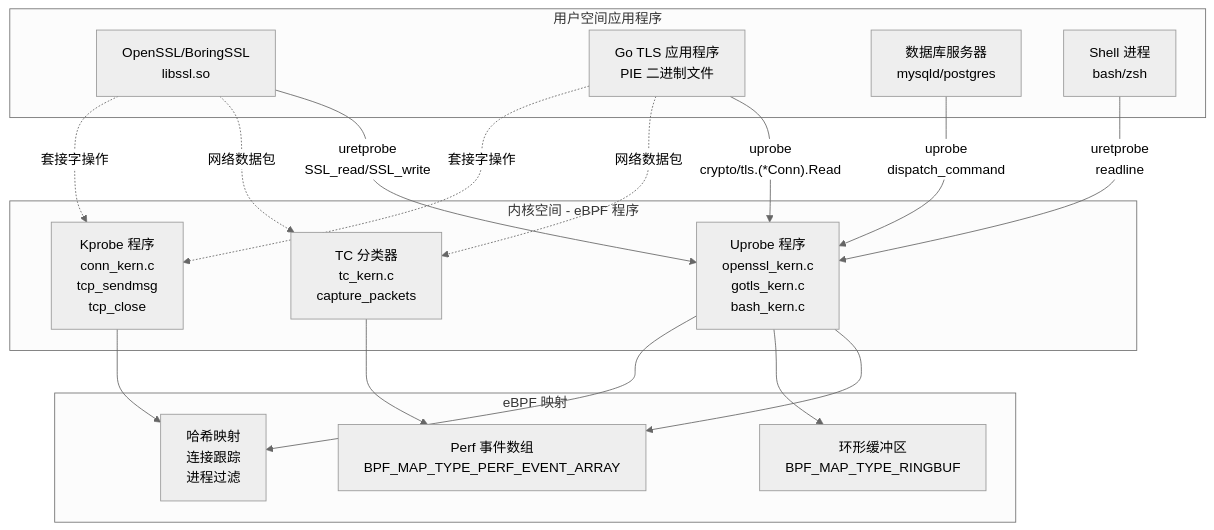
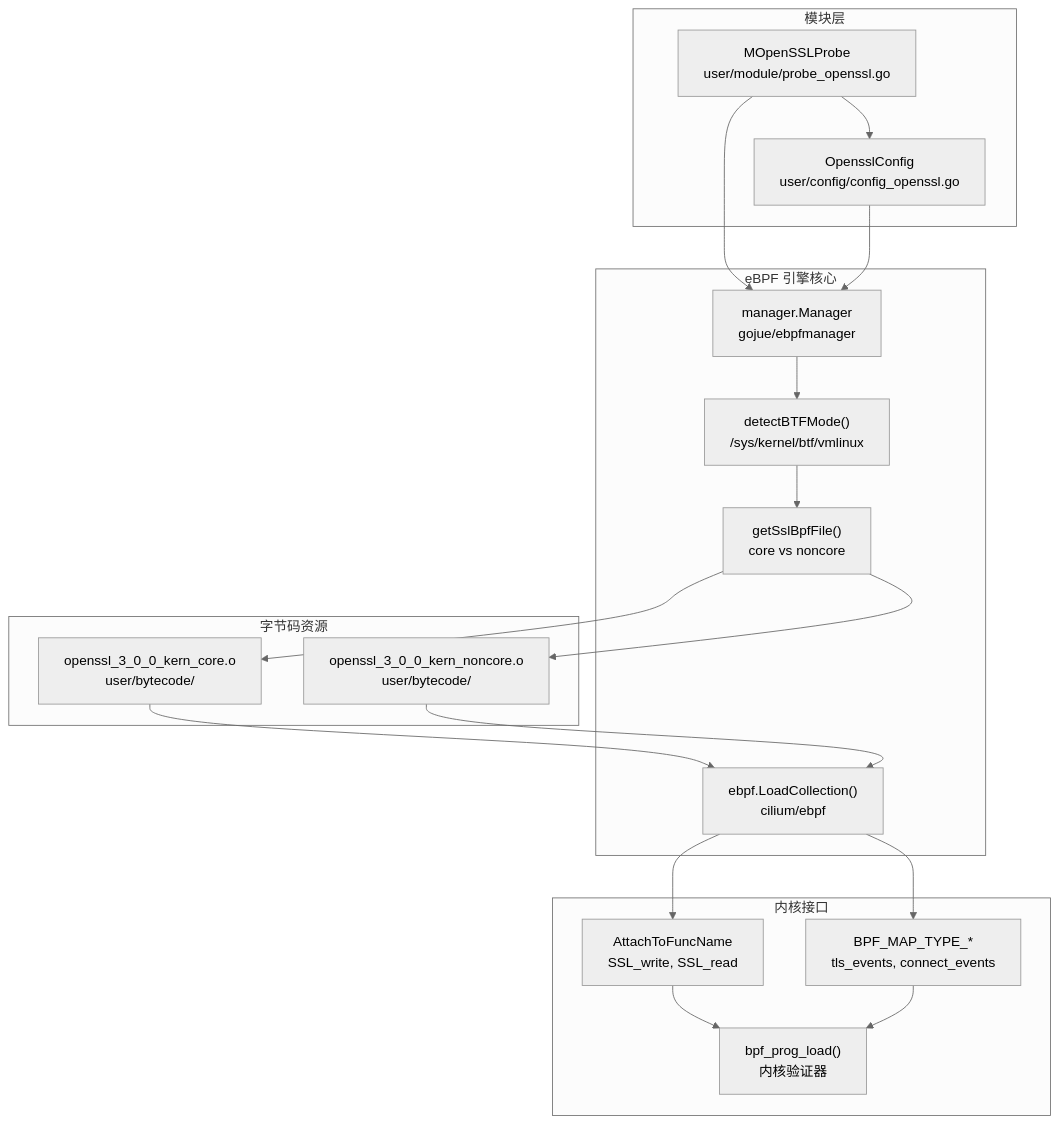
Before and after one commit to gojue/ecapture.cc: the first of 11 diagrams in src/zh/2-architecture/2.1-ebpf-engine.md, drawn with Mermaid (neutral theme). The commit also changed other lines of this file and 70 other files, not shown here.

Commit message:
feat: update sidebar and navigation links for architecture and shell command auditing sections

````diff
--- a/src/zh/2-architecture/2.1-ebpf-engine.md
+++ b/src/zh/2-architecture/2.1-ebpf-engine.md
@@ -13,39 +11,42 @@
 ```mermaid
 graph TB
-    subgraph "用户空间应用程序"
-        APP1["OpenSSL/BoringSSL<br/>libssl.so"]
-        APP2["Go TLS 应用程序<br/>PIE 二进制文件"]
-        APP3["数据库服务器<br/>mysqld/postgres"]
-        APP4["Shell 进程<br/>bash/zsh"]
+    subgraph "模块层"
+        MOpenSSLProbe["MOpenSSLProbe<br/>user/module/probe_openssl.go"]
+        OpensslConfig["OpensslConfig<br/>user/config/config_openssl.go"]
     end
     
-    subgraph "内核空间 - eBPF 程序"
-        UPROBE["Uprobe 程序<br/>openssl_kern.c<br/>gotls_kern.c<br/>bash_kern.c"]
-        TC["TC 分类器<br/>tc_kern.c<br/>capture_packets"]
-        KPROBE["Kprobe 程序<br/>conn_kern.c<br/>tcp_sendmsg<br/>tcp_close"]
+    subgraph "eBPF 引擎核心"
+        BpfManager["manager.Manager<br/>gojue/ebpfmanager"]
+        BTFDetect["detectBTFMode()<br/>/sys/kernel/btf/vmlinux"]
+        BytecodeSelect["getSslBpfFile()<br/>core vs noncore"]
+        CiliumLoader["ebpf.LoadCollection()<br/>cilium/ebpf"]
     end
     
-    subgraph "eBPF 映射"
-        PERF["Perf 事件数组<br/>BPF_MAP_TYPE_PERF_EVENT_ARRAY"]
-        RING["环形缓冲区<br/>BPF_MAP_TYPE_RINGBUF"]
-        HASH["哈希映射<br/>连接跟踪<br/>进程过滤"]
+    subgraph "字节码资源"
+        CoreBytecode["openssl_3_0_0_kern_core.o<br/>user/bytecode/"]
+        NonCoreBytecode["openssl_3_0_0_kern_noncore.o<br/>user/bytecode/"]
     end
     
-    APP1 -->|"uretprobe<br/>SSL_read/SSL_write"| UPROBE
-    APP2 -->|"uprobe<br/>crypto/tls.(*Conn).Read"| UPROBE
-    APP3 -->|"uprobe<br/>dispatch_command"| UPROBE
-    APP4 -->|"uretprobe<br/>readline"| UPROBE
+    subgraph "内核接口"
+        ProbeAttach["AttachToFuncName<br/>SSL_write, SSL_read"]
+        MapCreate["BPF_MAP_TYPE_*<br/>tls_events, connect_events"]
+        Verifier["bpf_prog_load()<br/>内核验证器"]
+    end
     
-    APP1 -.->|"网络数据包"| TC
-    APP2 -.->|"网络数据包"| TC
+    MOpenSSLProbe --> OpensslConfig
+    MOpenSSLProbe --> BpfManager
+    OpensslConfig --> BpfManager
     
-    APP1 -.->|"套接字操作"| KPROBE
-    APP2 -.->|"套接字操作"| KPROBE
+    BpfManager --> BTFDetect
+    BTFDetect --> BytecodeSelect
+    BytecodeSelect --> CoreBytecode
+    BytecodeSelect --> NonCoreBytecode
     
-    UPROBE --> PERF
-    UPROBE --> RING
-    TC --> PERF
-    KPROBE --> HASH
+    CoreBytecode --> CiliumLoader
+    NonCoreBytecode --> CiliumLoader
     
-    UPROBE --> HASH
+    CiliumLoader --> ProbeAttach
+    CiliumLoader --> MapCreate
+    ProbeAttach --> Verifier
+    MapCreate --> Verifier
 ```
````
